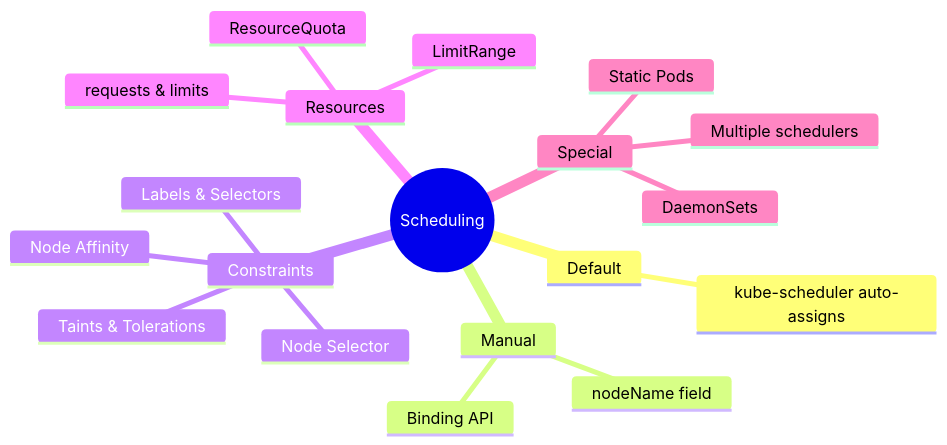
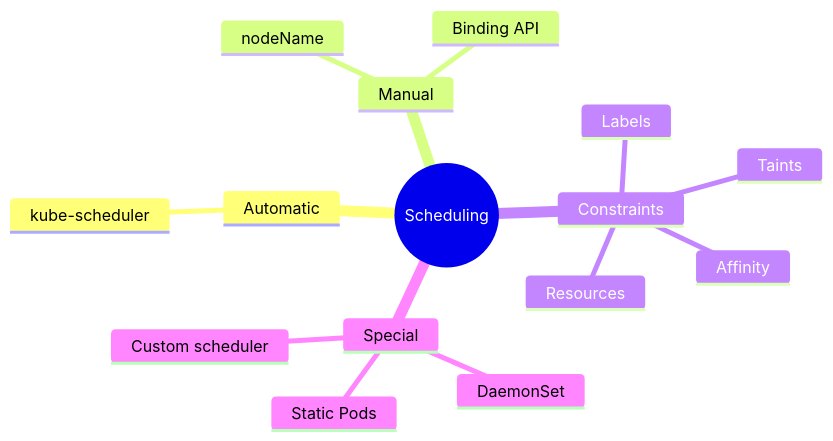
One commit to AbdelwahabAdam/K8S-notes changed the eighth of 10 diagrams in Study/1.Core Concepts/enhanced_readme.md. Above: the diagram before and after it, drawn with Mermaid. The commit also changed other lines of this file and 22 other files, not shown here.

````diff
--- a/Study/1.Core Concepts/enhanced_readme.md
+++ b/Study/1.Core Concepts/enhanced_readme.md
@@ -521,22 +843,18 @@
 ```mermaid
 mindmap
   root((Scheduling))
-    Default
-      kube-scheduler auto-assigns
+    Automatic
+      kube-scheduler
     Manual
-      nodeName field
+      nodeName
       Binding API
     Constraints
-      Labels & Selectors
-      Taints & Tolerations
-      Node Selector
-      Node Affinity
-    Resources
-      requests & limits
-      LimitRange
-      ResourceQuota
+      Labels
+      Taints
+      Affinity
+      Resources
     Special
-      DaemonSets
+      DaemonSet
       Static Pods
-      Multiple schedulers
+      Custom scheduler
 ```
````
